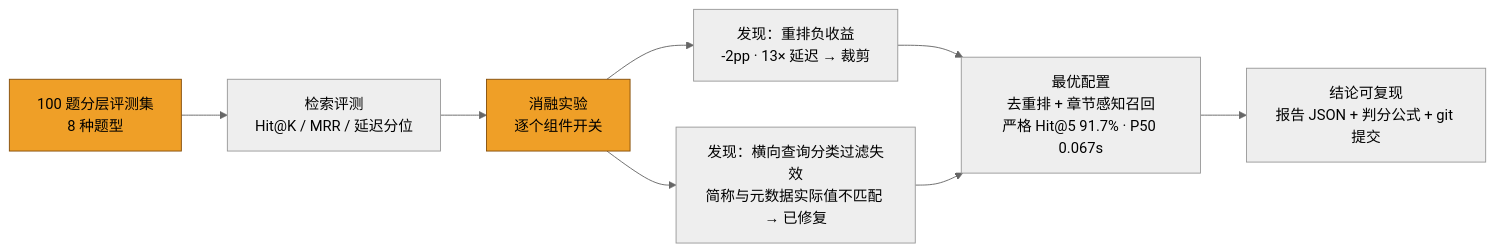
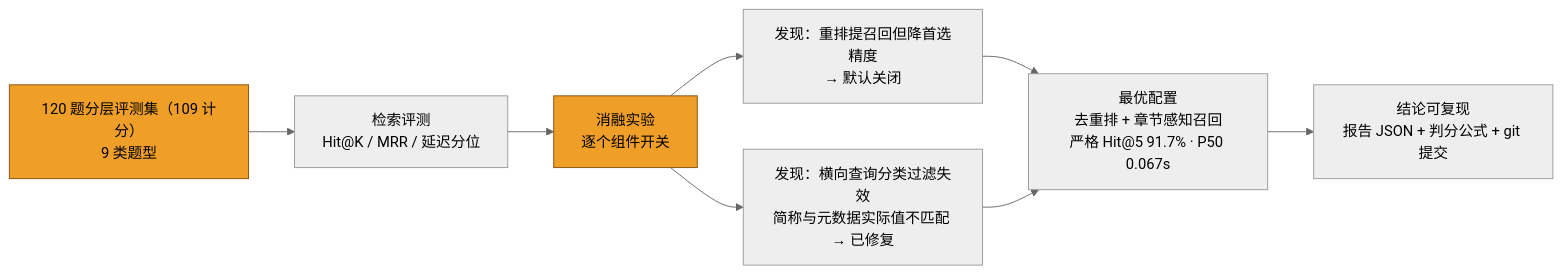
Before and after one commit to qiz7z/RAG-ChineseMedicine-QA: the second of 2 diagrams in README.md, drawn with Mermaid (neutral theme). The commit also changed other lines of this file, not shown here.

````diff
--- a/README.md
+++ b/README.md
@@ -56,13 +56,13 @@
 ```mermaid
 flowchart LR
-    A["100 题分层评测集<br>8 种题型"] --> B["检索评测<br>Hit@K / MRR / 延迟分位"]
+    A["120 题分层评测集（109 计分）<br>9 类题型"] --> B["检索评测<br>Hit@K / MRR / 延迟分位"]
     B --> C["消融实验<br>逐个组件开关"]
-    C --> D["发现：重排负收益<br>-2pp · 13× 延迟 → 裁剪"]
+    C --> D["发现：重排提召回但降首选精度<br>→ 默认关闭"]
     C --> E["发现：横向查询分类过滤失效<br>简称与元数据实际值不匹配 → 已修复"]
     D --> F["最优配置<br>去重排 + 章节感知召回<br>严格 Hit@5 91.7% · P50 0.067s"]
     E --> F
     F --> G["结论可复现<br>报告 JSON + 判分公式 + git 提交"]
 
     style A fill:#EF9F27,stroke:#854F0B,color:#000
     style C fill:#EF9F27,stroke:#854F0B,color:#000
 ```
````
